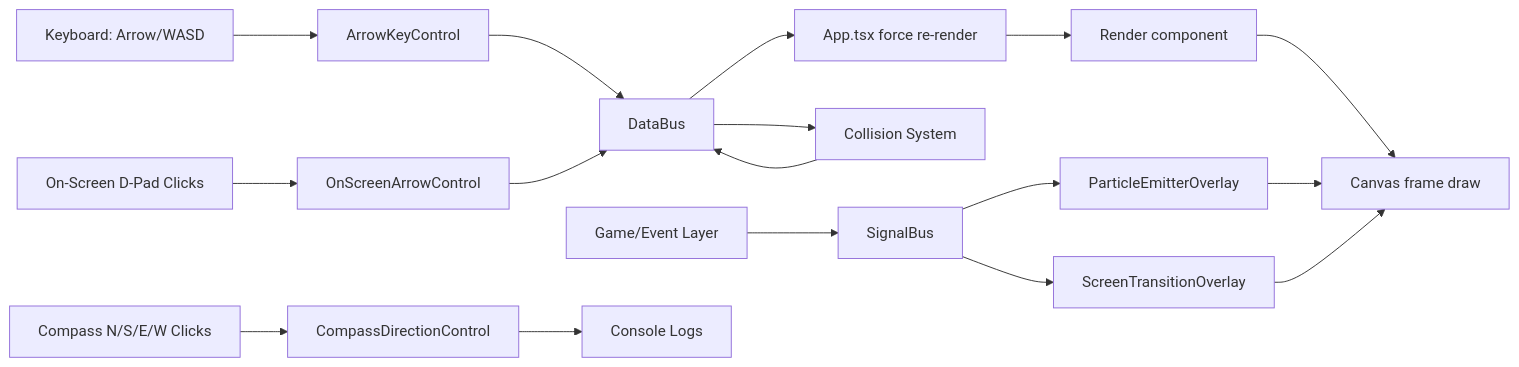
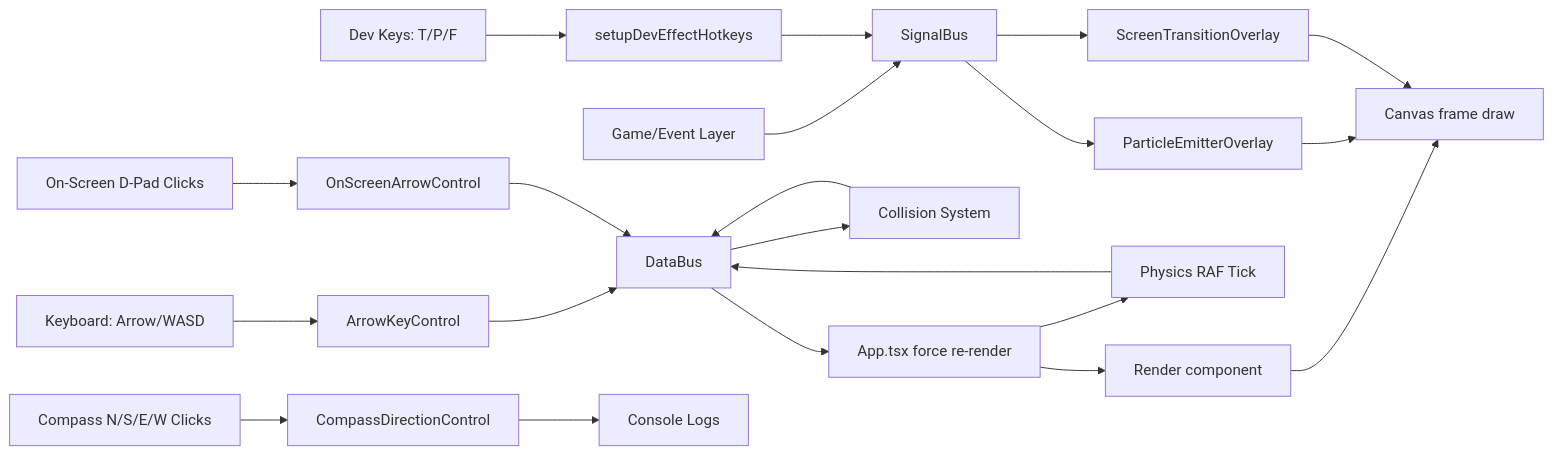
One commit to obskera/UrsaManus changed the diagram in docs/ARCHITECTURE.md. Above: the diagram before and after it, drawn with Mermaid. The commit also changed other lines of this file and 27 other files, not shown here.

````diff
--- a/docs/ARCHITECTURE.md
+++ b/docs/ARCHITECTURE.md
@@ -9,22 +9,26 @@
 ```mermaid
 flowchart LR
     K[Keyboard: Arrow/WASD] --> AK[ArrowKeyControl]
     C[On-Screen D-Pad Clicks] --> OSC[OnScreenArrowControl]
     N[Compass N/S/E/W Clicks] --> CDC[CompassDirectionControl]
+    D[Dev Keys: T/P/F] --> DE[setupDevEffectHotkeys]
     E[Game/Event Layer] --> SB[SignalBus]
+    DE --> SB
     SB --> STO[ScreenTransitionOverlay]
     SB --> PEO[ParticleEmitterOverlay]
 
     AK --> DB[DataBus]
     OSC --> DB
     CDC --> LOG[Console Logs]
 
     DB --> CS[Collision System]
     CS --> DB
 
     DB --> APP[App.tsx force re-render]
+    APP --> PHYS[Physics RAF Tick]
+    PHYS --> DB
     APP --> RENDER[Render component]
     RENDER --> CANVAS[Canvas frame draw]
     PEO --> CANVAS
     STO --> CANVAS
 ```
````
